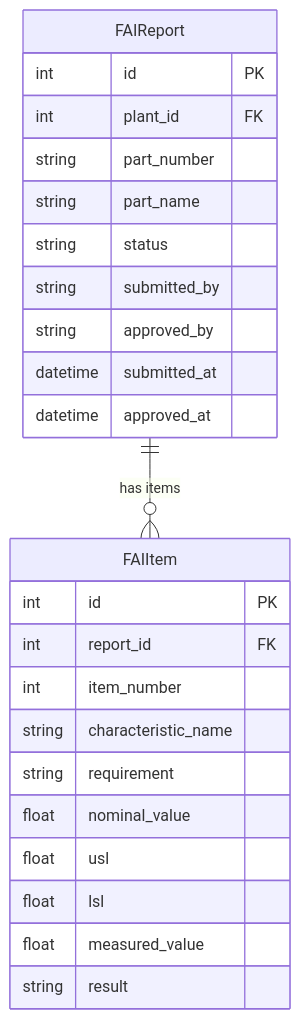
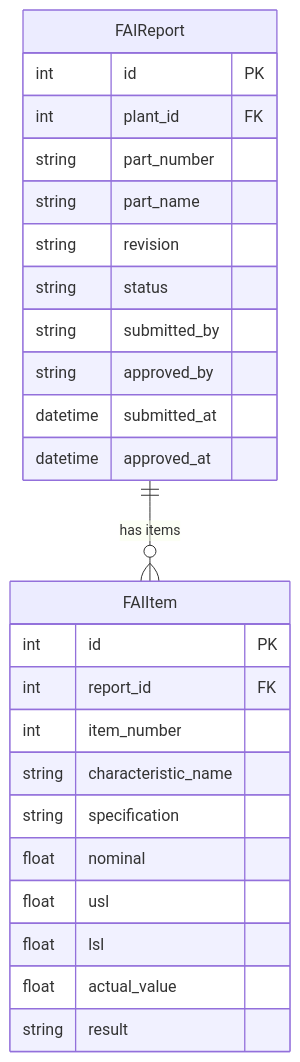
One commit to saturnis-io/cassini changed the second of 2 diagrams in .knowledge/features/fai.md. Above: the diagram before and after it, drawn with Mermaid. The commit also changed other lines of this file and 15 other files, not shown here.

Commit message:
knowledge-graph: regenerate

````diff
--- a/.knowledge/features/fai.md
+++ b/.knowledge/features/fai.md
@@ -26,27 +26,28 @@
 ```mermaid
 erDiagram
     FAIReport ||--o{ FAIItem : "has items"
     FAIReport {
         int id PK
         int plant_id FK
         string part_number
         string part_name
+        string revision
         string status
         string submitted_by
         string approved_by
         datetime submitted_at
         datetime approved_at
     }
     FAIItem {
         int id PK
         int report_id FK
         int item_number
         string characteristic_name
-        string requirement
-        float nominal_value
+        string specification
+        float nominal
         float usl
         float lsl
-        float measured_value
+        float actual_value
         string result
     }
 ```
````
